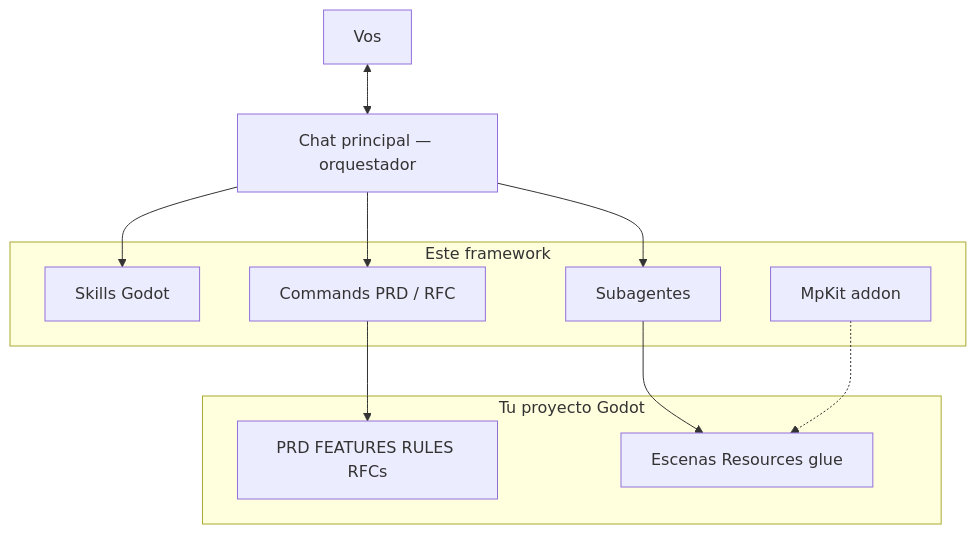
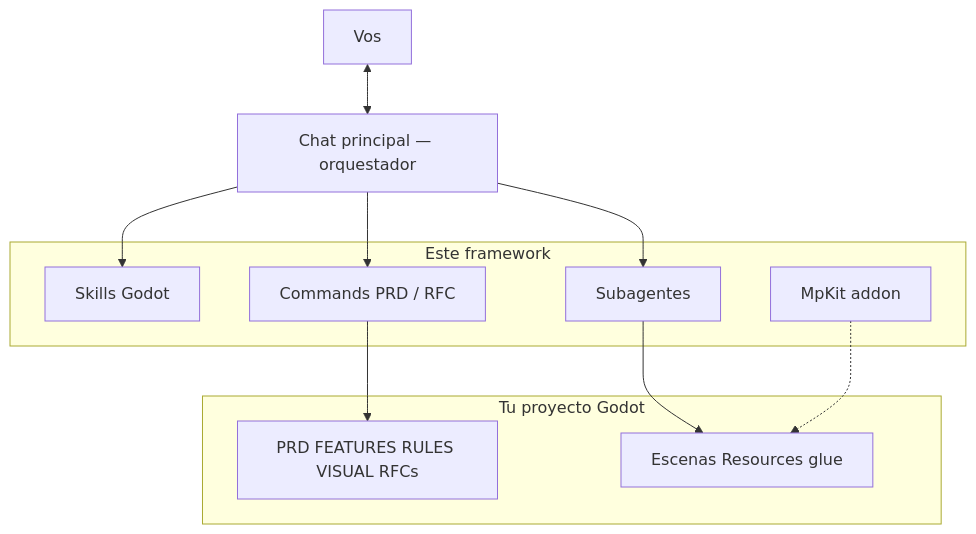
One commit to Joelnicolass/godot-studio-skills changed the first of 4 diagrams in README.md. Above: the diagram before and after it, drawn with Mermaid. The commit also changed other lines of this file and 26 other files, not shown here.

````diff
--- a/README.md
+++ b/README.md
@@ -39,26 +40,26 @@
 ```mermaid
 flowchart TB
   you[Vos]
   orch[Chat principal — orquestador]
 
   you <--> orch
 
   subgraph kit [Este framework]
     skills[Skills Godot]
     cmds[Commands PRD / RFC]
     agents[Subagentes]
     mpkit[MpKit addon]
   end
 
   subgraph game [Tu proyecto Godot]
-    arts[PRD FEATURES RULES RFCs]
+    arts[PRD FEATURES RULES VISUAL RFCs]
     code[Escenas Resources glue]
   end
 
   orch --> skills
   orch --> cmds
   cmds --> arts
   orch --> agents
   agents --> code
   mpkit -.-> code
 ```
````
